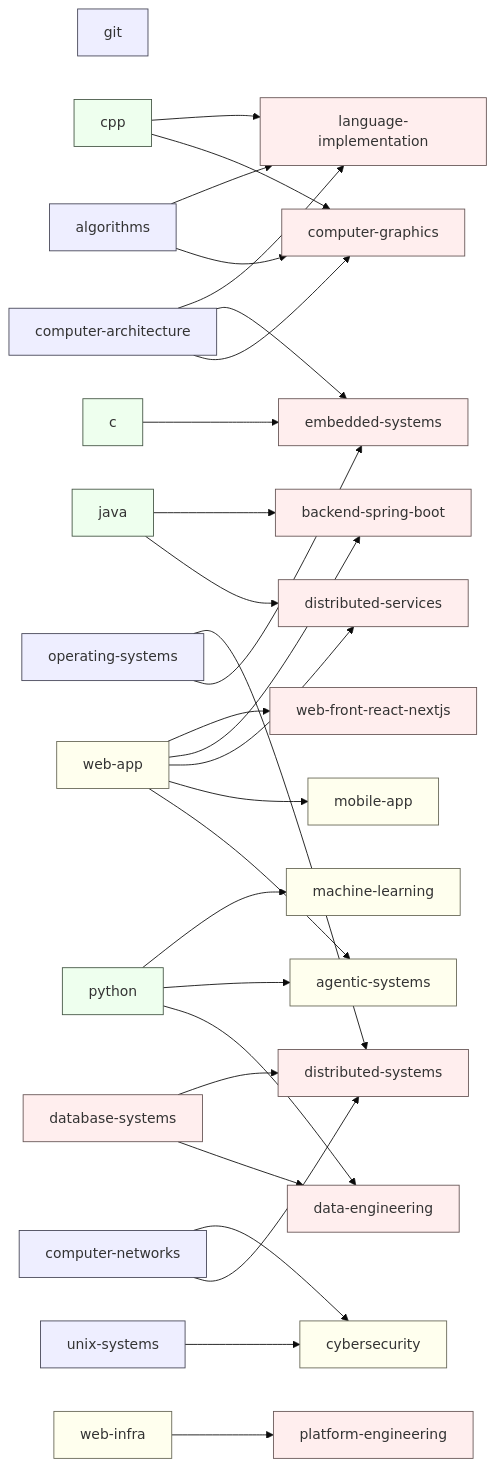
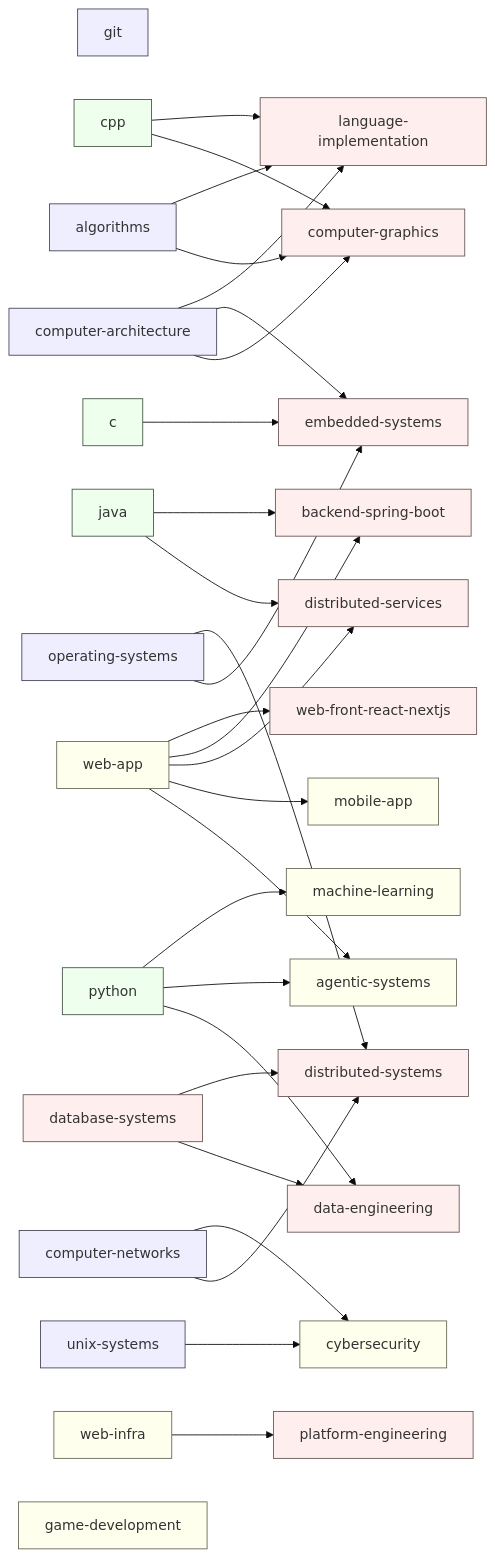
The first of 5 diagrams in docs/04-dependency-map.md (seungwoo7050/guides), drawn with Mermaid (base theme) before and after one commit. The commit also changed other lines of this file and 13 other files, not shown here.

````diff
--- a/docs/04-dependency-map.md
+++ b/docs/04-dependency-map.md
@@ -69,6 +70,7 @@
   language_implementation["language-implementation"]
   embedded_systems["embedded-systems"]
   computer_graphics["computer-graphics"]
+  game_development["game-development"]
   web_app --> web_front_react_nextjs
   java --> backend_spring_boot
   web_app --> backend_spring_boot
@@ -121,4 +123,5 @@
   class language_implementation specialization;
   class embedded_systems specialization;
   class computer_graphics specialization;
+  class game_development entry;
 ```
````
